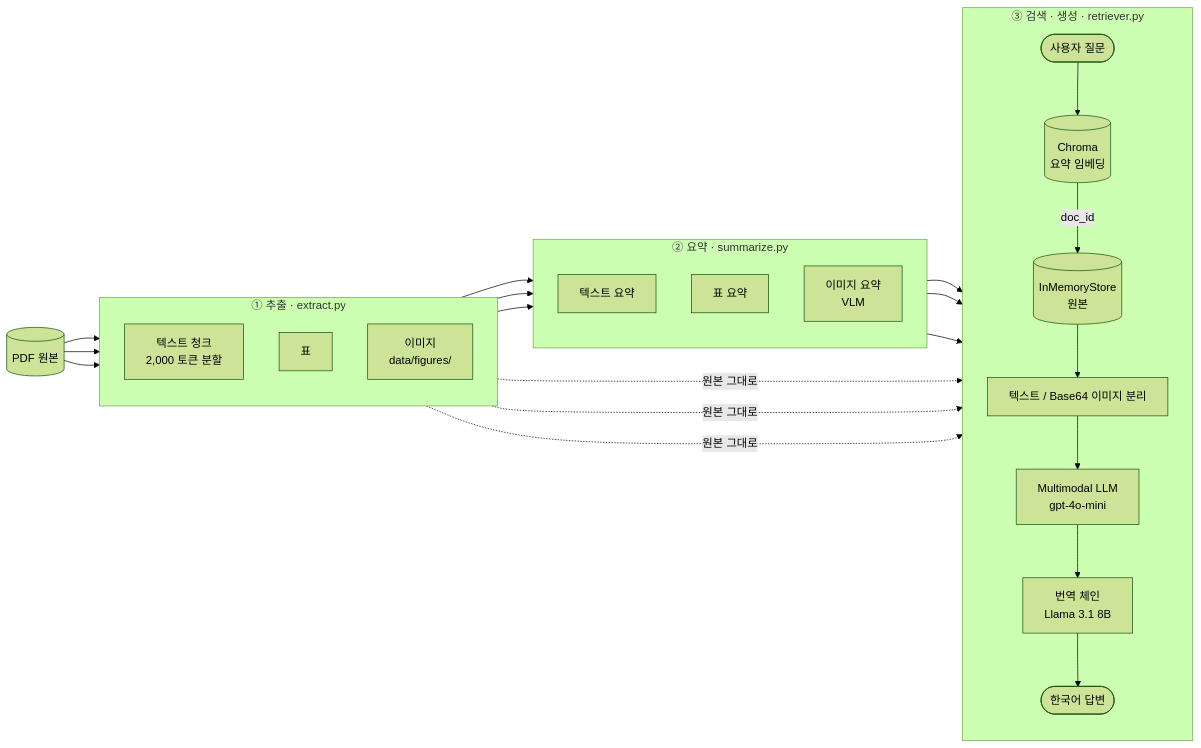
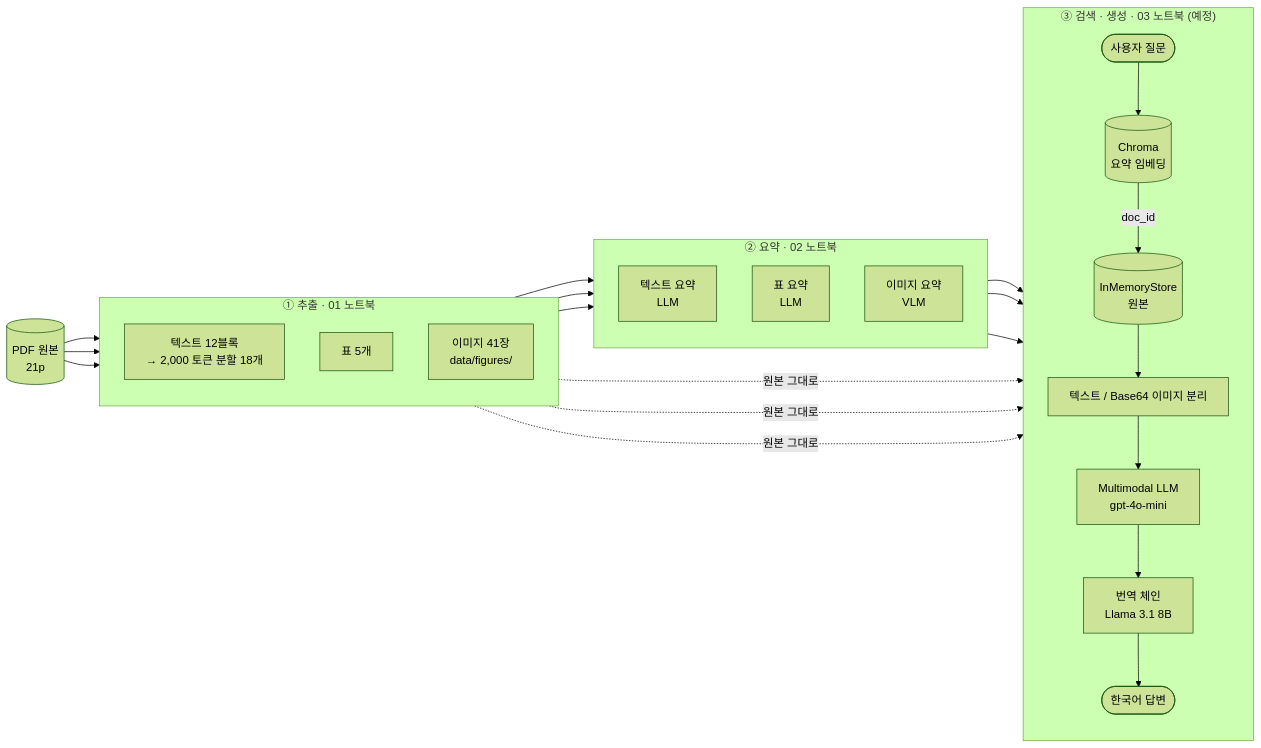
One commit to daui1727/hy-multimodal-rag changed the diagram in README.md. Above: the diagram before and after it, drawn with Mermaid (forest theme). The commit also changed other lines of this file, not shown here.

````diff
--- a/README.md
+++ b/README.md
@@ -28,37 +29,37 @@
 ```mermaid
 flowchart LR
-    PDF[(PDF 원본)]
+    PDF[(PDF 원본<br/>21p)]
 
-    subgraph S1["① 추출 · extract.py"]
+    subgraph S1["① 추출 · 01 노트북"]
         direction TB
-        T[텍스트 청크<br/>2,000 토큰 분할]
-        TB[표]
-        IMG[이미지<br/>data/figures/]
+        T[텍스트 12블록<br/>→ 2,000 토큰 분할 18개]
+        TB[표 5개]
+        IMG[이미지 41장<br/>data/figures/]
     end
 
-    subgraph S2["② 요약 · summarize.py"]
+    subgraph S2["② 요약 · 02 노트북"]
         direction TB
-        TS[텍스트 요약]
-        TBS[표 요약]
+        TS[텍스트 요약<br/>LLM]
+        TBS[표 요약<br/>LLM]
         IS[이미지 요약<br/>VLM]
     end
 
-    subgraph S3["③ 검색 · 생성 · retriever.py"]
+    subgraph S3["③ 검색 · 생성 · 03 노트북 (예정)"]
         direction TB
         VS[(Chroma<br/>요약 임베딩)]
         DS[(InMemoryStore<br/>원본)]
         Q([사용자 질문]) --> VS
         VS -- doc_id --> DS
         DS --> SP[텍스트 / Base64 이미지 분리]
         SP --> LLM[Multimodal LLM<br/>gpt-4o-mini]
         LLM --> TR[번역 체인<br/>Llama 3.1 8B]
         TR --> A([한국어 답변])
     end
 
     PDF --> T & TB & IMG
     T --> TS
     TB --> TBS
     IMG --> IS
     TS & TBS & IS --> VS
     T & TB & IMG -. 원본 그대로 .-> DS
 ```
````
